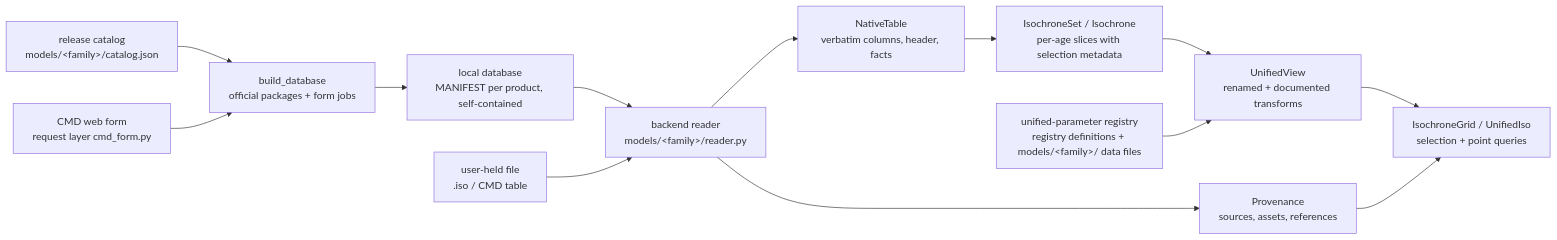
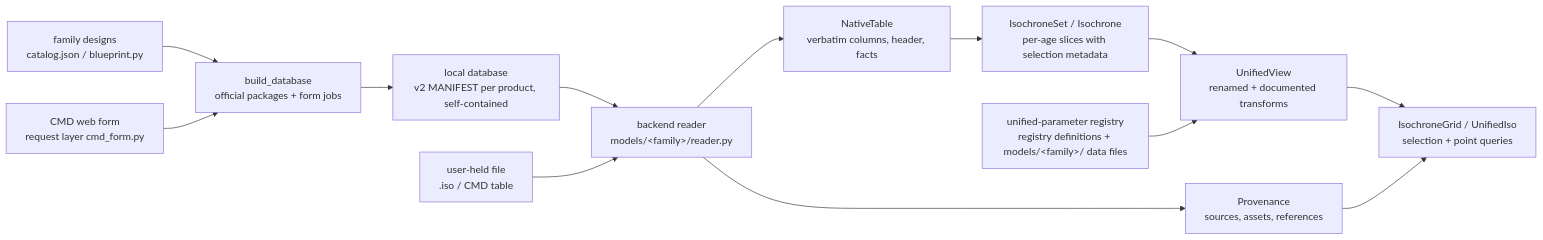
One commit to astro-jingtao/stellariso changed the diagram in docs/architecture.md. Above: the diagram before and after it, drawn with Mermaid. The commit also changed other lines of this file and 4 other files, not shown here.

````diff
--- a/docs/architecture.md
+++ b/docs/architecture.md
@@ -7,15 +7,15 @@
 ```mermaid
 flowchart LR
-    C[release catalog<br/>models/&lt;family&gt;/catalog.json] --> B[build_database<br/>official packages + form jobs]
+    C[family designs<br/>catalog.json / blueprint.py] --> B[build_database<br/>official packages + form jobs]
     W[CMD web form<br/>request layer cmd_form.py] --> B
-    B --> D[local database<br/>MANIFEST per product, self-contained]
+    B --> D[local database<br/>v2 MANIFEST per product, self-contained]
     D --> R[backend reader<br/>models/&lt;family&gt;/reader.py]
     F[user-held file<br/>.iso / CMD table] --> R
     R --> N[NativeTable<br/>verbatim columns, header, facts]
     N --> S[IsochroneSet / Isochrone<br/>per-age slices with selection metadata]
     S --> U[UnifiedView<br/>renamed + documented transforms]
     Q[unified-parameter registry<br/>registry definitions + models/&lt;family&gt;/ data files] --> U
     U --> G[IsochroneGrid / UnifiedIso<br/>selection + point queries]
     R --> P[Provenance<br/>sources, assets, references]
     P --> G
 ```
````
